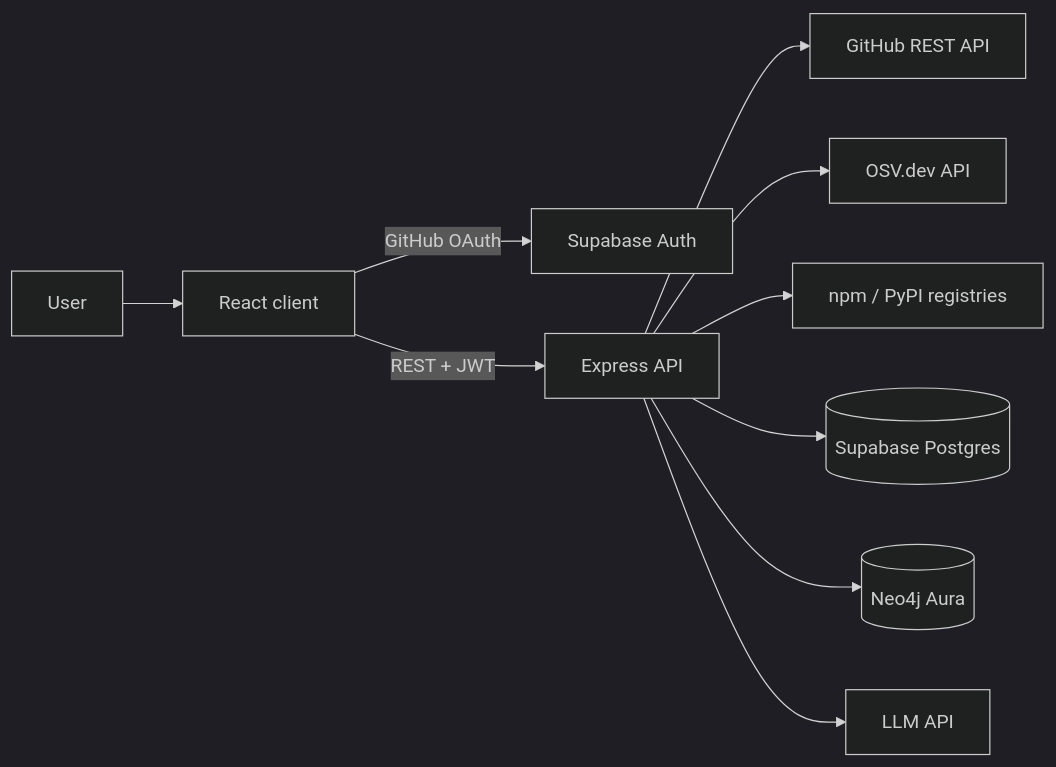
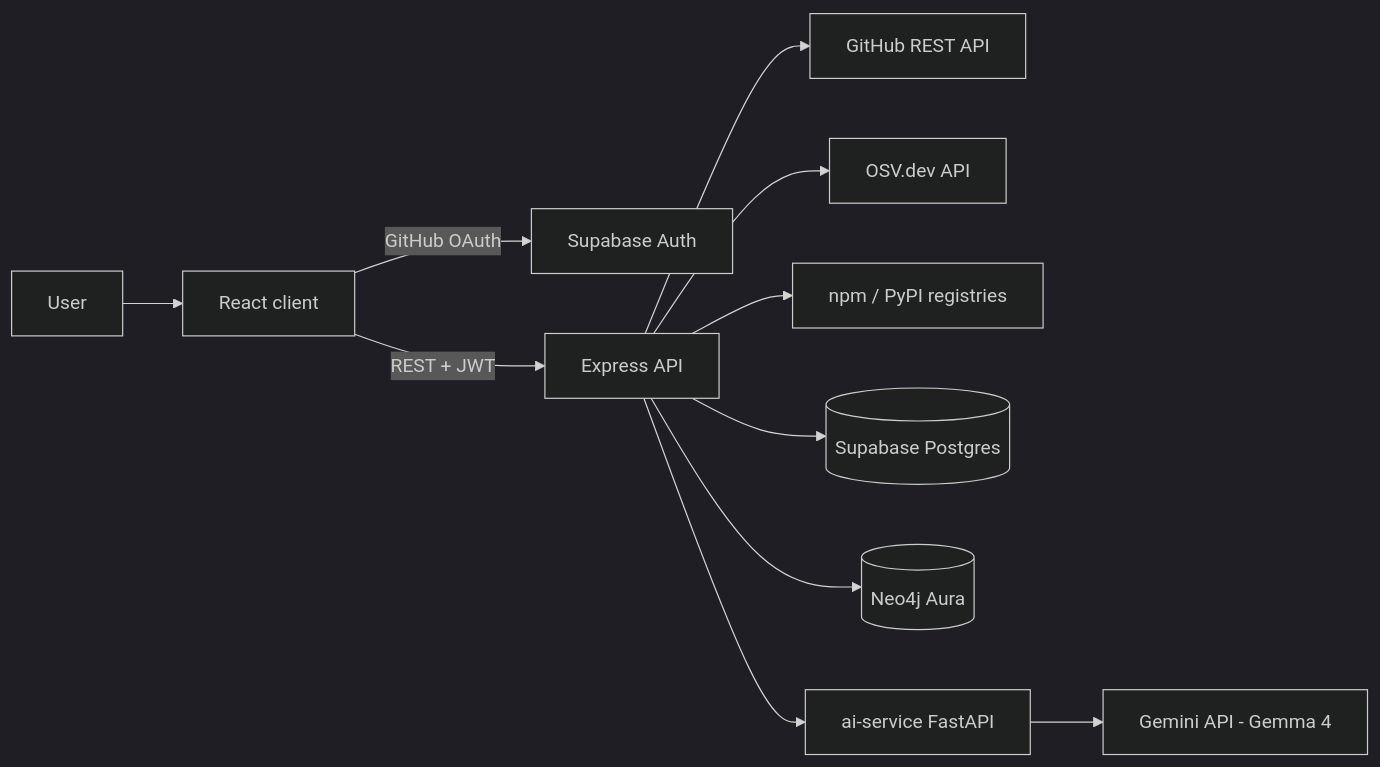
The diagram in docs/TRD.md (Tetra4ge/GitHygiene), drawn with Mermaid (dark theme) before and after one commit. The commit also changed other lines of this file and 1 other file, not shown here.

Commit message:
update README.md and TRD.md with updated project architecture and implementation details

````diff
--- a/docs/TRD.md
+++ b/docs/TRD.md
@@ -7,12 +7,13 @@
 ```mermaid
 flowchart LR
     U[User] --> C[React client]
     C -- GitHub OAuth --> SA[Supabase Auth]
     C -- REST + JWT --> S[Express API]
     S --> GH[GitHub REST API]
     S --> OSV[OSV.dev API]
     S --> REG[npm / PyPI registries]
     S --> PG[(Supabase Postgres)]
     S --> N4J[(Neo4j Aura)]
-    S --> LLM[LLM API]
+    S --> AI[ai-service FastAPI]
+    AI --> GEM[Gemini API - Gemma 4]
 ```
````
